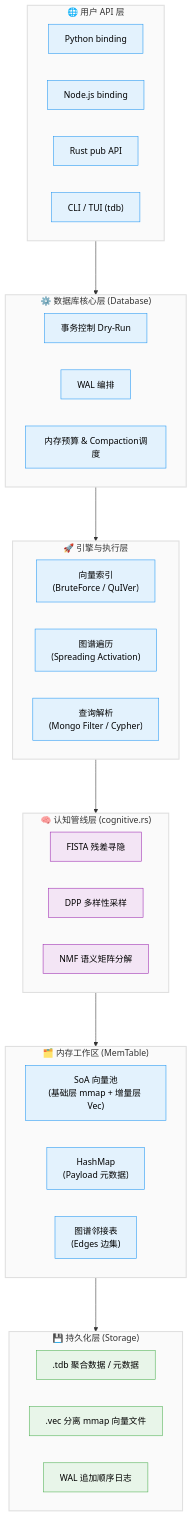
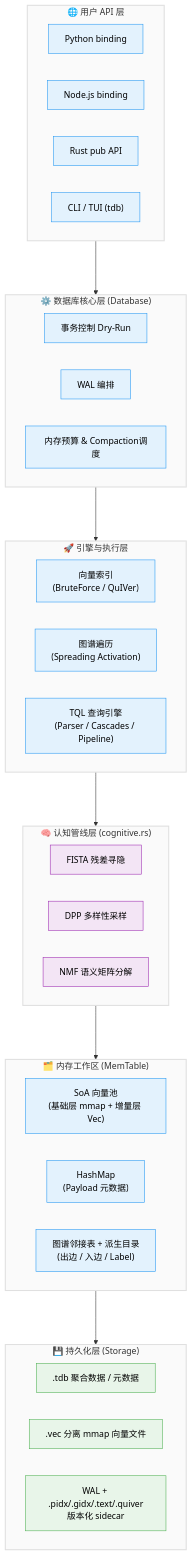
Before and after one commit to YoKONCy/TriviumDB: the diagram in docs/features.md, drawn with Mermaid. The commit also changed other lines of this file and 115 other files, not shown here.

````diff
--- a/docs/features.md
+++ b/docs/features.md
@@ -28,62 +37,62 @@
 ```mermaid
 flowchart TD
     classDef layer fill:#fafafa,stroke:#e0e0e0,stroke-width:2px,color:#333;
     classDef module fill:#e3f2fd,stroke:#2196f3,stroke-width:1px,color:#000;
     classDef math fill:#f3e5f5,stroke:#9c27b0,stroke-width:1px,color:#000;
     classDef storage fill:#e8f5e9,stroke:#4caf50,stroke-width:1px,color:#000;
 
     subgraph Layer1 ["🌐 用户 API 层"]
         direction LR
         API1[Python binding]:::module
         API2[Node.js binding]:::module
         API3[Rust pub API]:::module
         API4["CLI / TUI (tdb)"]:::module
     end
     Layer1:::layer
 
     subgraph Layer2 ["⚙️ 数据库核心层 (Database)"]
         direction LR
         C1[事务控制 Dry-Run]:::module
         C2[WAL 编排]:::module
         C3[内存预算 & Compaction调度]:::module
     end
     Layer2:::layer
 
     subgraph Layer3 ["🚀 引擎与执行层"]
         direction LR
         E1["向量索引\n(BruteForce / QuIVer)"]:::module
         E2["图谱遍历\n(Spreading Activation)"]:::module
-        E3["查询解析\n(Mongo Filter / Cypher)"]:::module
+        E3["TQL 查询引擎\n(Parser / Cascades / Pipeline)"]:::module
     end
     Layer3:::layer
 
     subgraph Layer4 ["🧠 认知管线层 (cognitive.rs)"]
         direction LR
         M1[FISTA 残差寻隐]:::math
         M2[DPP 多样性采样]:::math
         M3[NMF 语义矩阵分解]:::math
     end
     Layer4:::layer
 
     subgraph Layer5 ["🗂️ 内存工作区 (MemTable)"]
         direction LR
         M_VEC["SoA 向量池\n(基础层 mmap + 增量层 Vec)"]:::module
         M_PAY["HashMap\n(Payload 元数据)"]:::module
-        M_EDGE["图谱邻接表\n(Edges 边集)"]:::module
+        M_EDGE["图谱邻接表 + 派生目录\n(出边 / 入边 / Label)"]:::module
     end
     Layer5:::layer
 
     subgraph Layer6 ["💾 持久化层 (Storage)"]
         direction LR
         S1[".tdb 聚合数据 / 元数据"]:::storage
         S2[".vec 分离 mmap 向量文件"]:::storage
-        S3["WAL 追加顺序日志"]:::storage
+        S3["WAL + .pidx/.gidx/.text/.quiver\n版本化 sidecar"]:::storage
     end
     Layer6:::layer
 
     Layer1 ---> Layer2
     Layer2 ---> Layer3
     Layer3 ---> Layer4
     Layer4 ---> Layer5
     Layer5 ---> Layer6
 ```
````
